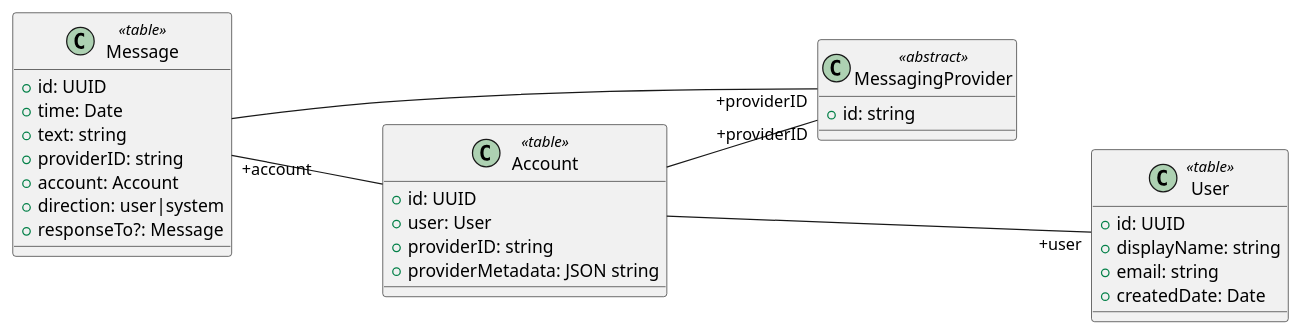
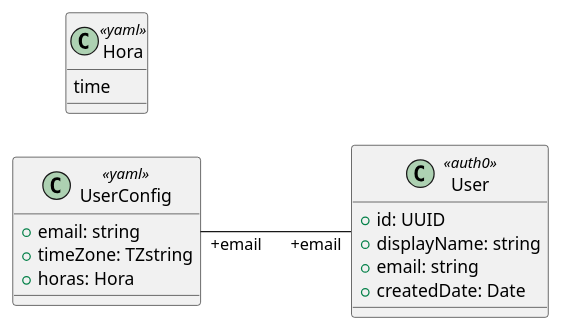
The diagram in doc/uml/domain-model.plantuml (Jblew/prioratus), drawn with PlantUML before and after one commit. The commit also changed 1 other file, not shown here.

```diff
--- a/doc/uml/domain-model.plantuml
+++ b/doc/uml/domain-model.plantuml
@@ -1,37 +1,22 @@
 @startuml domain model
 left to right direction
 
-class Message << table >> {
-    +id: UUID
-    +time: Date
-    +text: string
-    +providerID: string
-    +account: Account
-    +direction: user|system
-    +responseTo?: Message
-}
-
-class MessagingProvider << abstract >> {
-    +id: string
-}
-
-class Account << table >> {
-    +id: UUID
-    +user: User
-    +providerID: string
-    +providerMetadata: JSON string
-}
-
-class User << table >> {
+class User << auth0 >> {
     +id: UUID
     +displayName: string
     +email: string
     +createdDate: Date
 }
 
-Message -- "+providerID" MessagingProvider
-Message "+account" --- Account
-Account --- "+providerID" MessagingProvider
-Account ---- "+user" User
+class UserConfig << yaml >> {
+    +email: string
+    +timeZone: TZstring
+    +horas: Hora
+}
+UserConfig "+email" --- "+email" User
+
+class Hora << yaml >> {
+    time
+}
 
 @enduml
```
